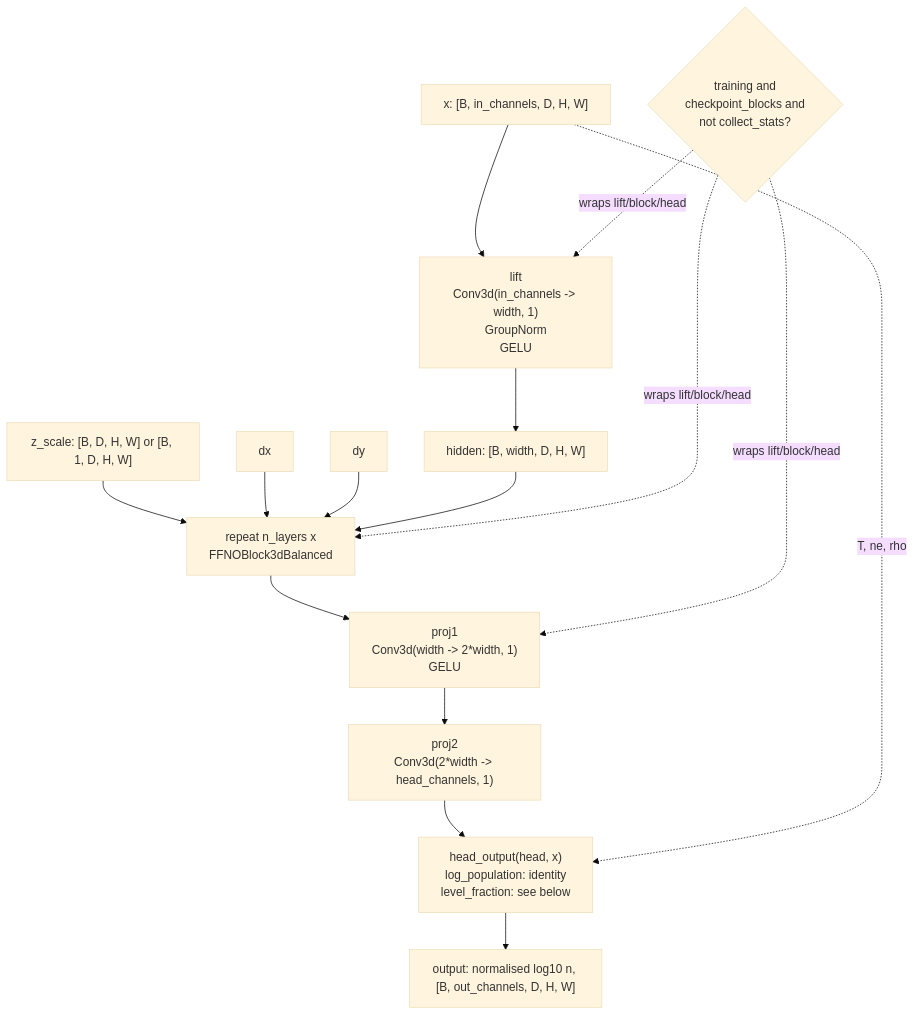
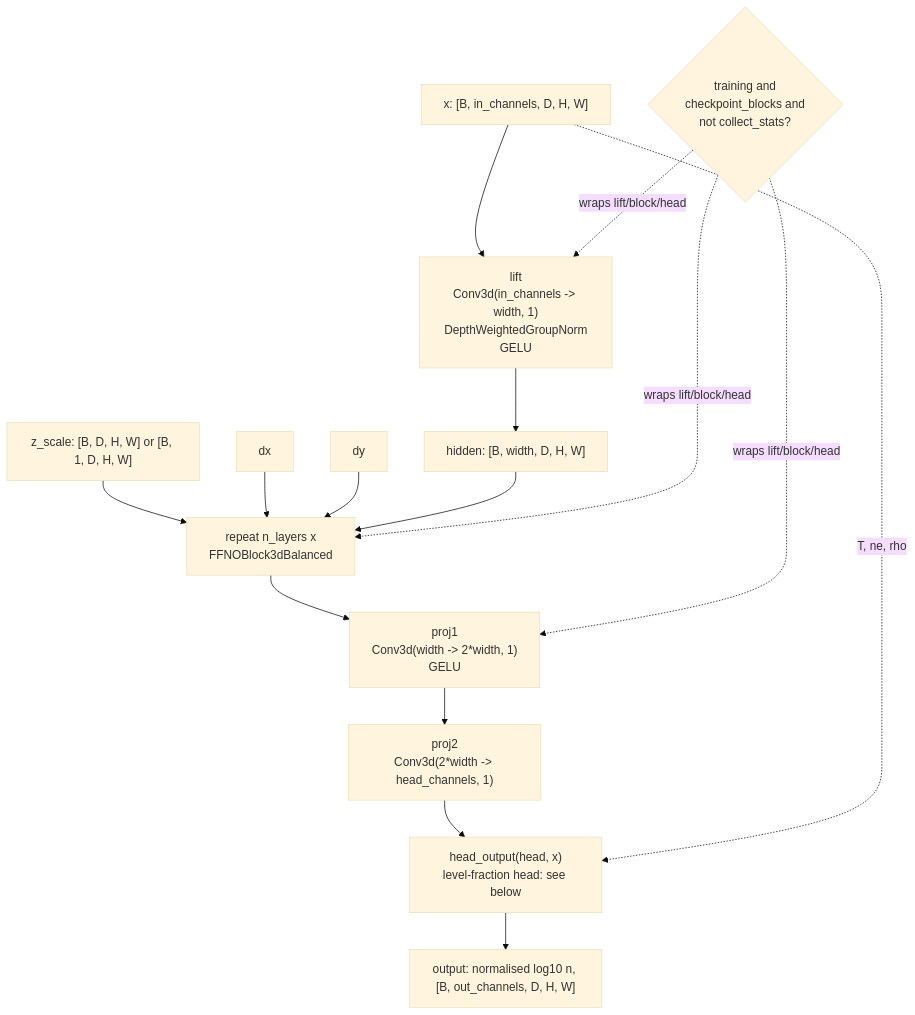
Before and after one commit to harshmathur1990/FFNOML: the first of 5 diagrams in docs/ffno_model_flowchart.md, drawn with Mermaid (base theme). The commit also changed other lines of this file and 30 other files, not shown here.

````diff
--- a/docs/ffno_model_flowchart.md
+++ b/docs/ffno_model_flowchart.md
@@ -7,18 +7,18 @@
 ```mermaid
 flowchart TD
-    X["x: [B, in_channels, D, H, W]"] --> LIFT["lift<br/>Conv3d(in_channels -> width, 1)<br/>GroupNorm<br/>GELU"]
+    X["x: [B, in_channels, D, H, W]"] --> LIFT["lift<br/>Conv3d(in_channels -> width, 1)<br/>DepthWeightedGroupNorm<br/>GELU"]
     Z["z_scale: [B, D, H, W] or [B, 1, D, H, W]"] --> BLOCKS
     DX["dx"] --> BLOCKS
     DY["dy"] --> BLOCKS
     LIFT --> H0["hidden: [B, width, D, H, W]"]
     H0 --> BLOCKS["repeat n_layers x<br/>FFNOBlock3dBalanced"]
     BLOCKS --> HEAD1["proj1<br/>Conv3d(width -> 2*width, 1)<br/>GELU"]
     HEAD1 --> HEAD2["proj2<br/>Conv3d(2*width -> head_channels, 1)"]
-    HEAD2 --> HO["head_output(head, x)<br/>log_population: identity<br/>level_fraction: see below"]
+    HEAD2 --> HO["head_output(head, x)<br/>level-fraction head: see below"]
     X -. T, ne, rho .-> HO
     HO --> Y["output: normalised log10 n, [B, out_channels, D, H, W]"]
 
     TRAIN{"training and<br/>checkpoint_blocks and<br/>not collect_stats?"} -. wraps lift/block/head .-> LIFT
     TRAIN -. wraps lift/block/head .-> BLOCKS
     TRAIN -. wraps lift/block/head .-> HEAD1
 ```
````
